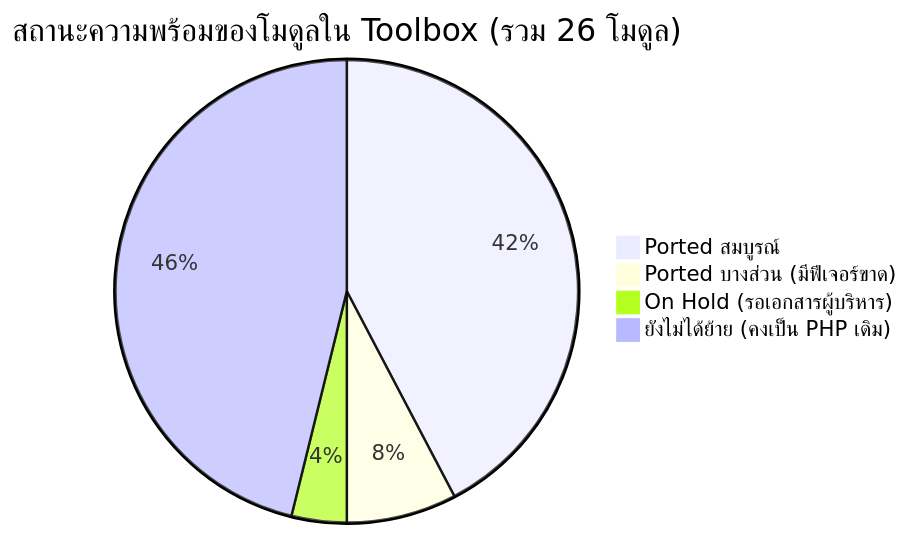
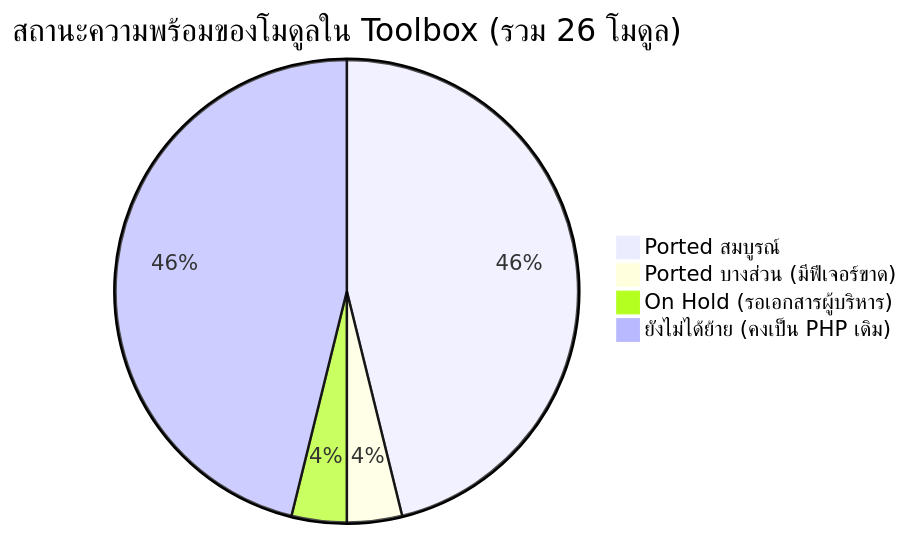
The first of 2 diagrams in MES/docs/blueprint/MES_LEGACY_VS_TOOLBOX_GAP_ANALYSIS.md (Scyst/MES), drawn with Mermaid before and after one commit. The commit also changed other lines of this file and 11 other files, not shown here.

````diff
--- a/MES/docs/blueprint/MES_LEGACY_VS_TOOLBOX_GAP_ANALYSIS.md
+++ b/MES/docs/blueprint/MES_LEGACY_VS_TOOLBOX_GAP_ANALYSIS.md
@@ -18,7 +18,7 @@
 ```mermaid
 pie title สถานะความพร้อมของโมดูลใน Toolbox (รวม 26 โมดูล)
-    "Ported สมบูรณ์" : 11
-    "Ported บางส่วน (มีฟีเจอร์ขาด)" : 2
+    "Ported สมบูรณ์" : 12
+    "Ported บางส่วน (มีฟีเจอร์ขาด)" : 1
     "On Hold (รอเอกสารผู้บริหาร)" : 1
     "ยังไม่ได้ย้าย (คงเป็น PHP เดิม)" : 12
 ```
````
